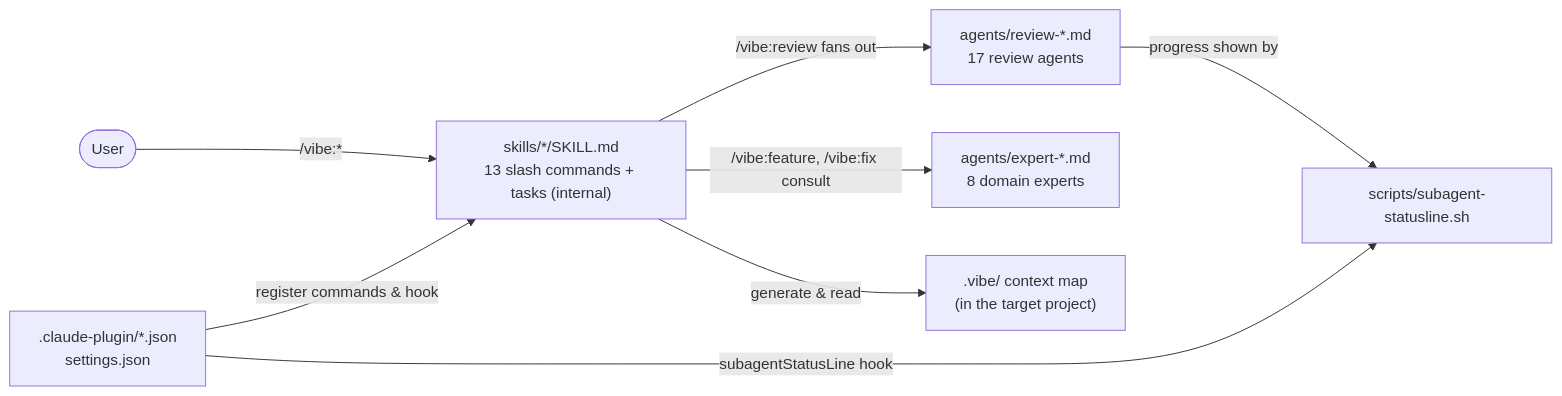
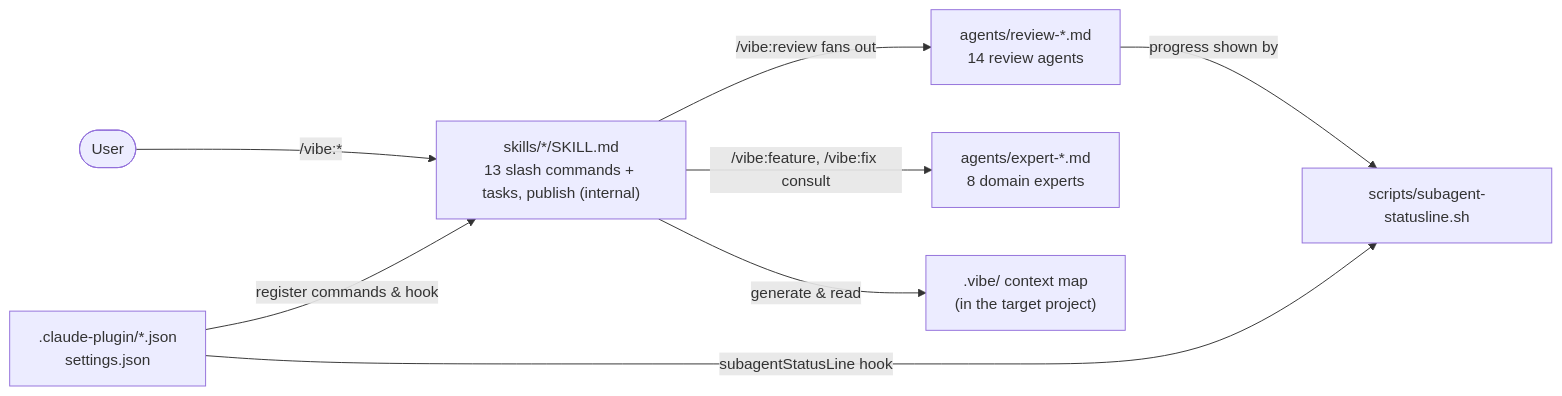
Before and after one commit to neolao/claude-plugin-vibe: the diagram in docs/architecture.md, drawn with Mermaid. The commit also changed other lines of this file and 57 other files, not shown here.

````diff
--- a/docs/architecture.md
+++ b/docs/architecture.md
@@ -24,10 +24,10 @@
 ```mermaid
 flowchart LR
-    user([User]) -- "/vibe:*" --> skills["skills/*/SKILL.md<br/>13 slash commands + tasks (internal)"]
-    skills -- "/vibe:review fans out" --> agents["agents/review-*.md<br/>17 review agents"]
+    user([User]) -- "/vibe:*" --> skills["skills/*/SKILL.md<br/>13 slash commands + tasks, publish (internal)"]
+    skills -- "/vibe:review fans out" --> agents["agents/review-*.md<br/>14 review agents"]
     skills -- "/vibe:feature, /vibe:fix consult" --> experts["agents/expert-*.md<br/>8 domain experts"]
     skills -- "generate & read" --> vibe[".vibe/ context map<br/>(in the target project)"]
     manifests[".claude-plugin/*.json<br/>settings.json"] -- "register commands & hook" --> skills
     manifests -- "subagentStatusLine hook" --> statusline["scripts/subagent-statusline.sh"]
     agents -- "progress shown by" --> statusline
 ```
````
